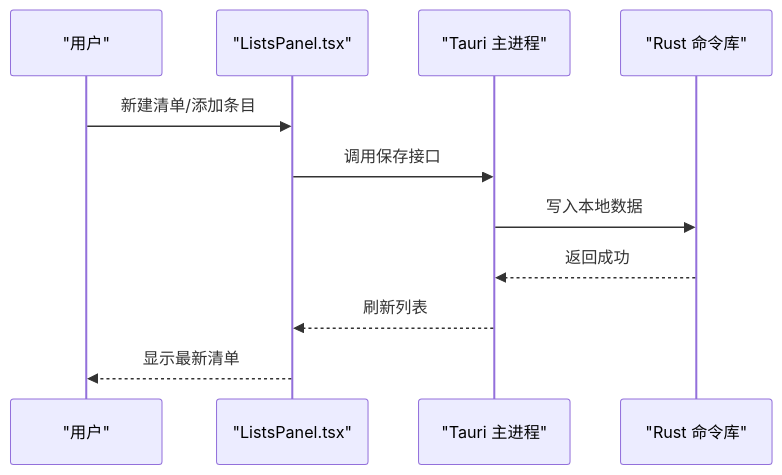
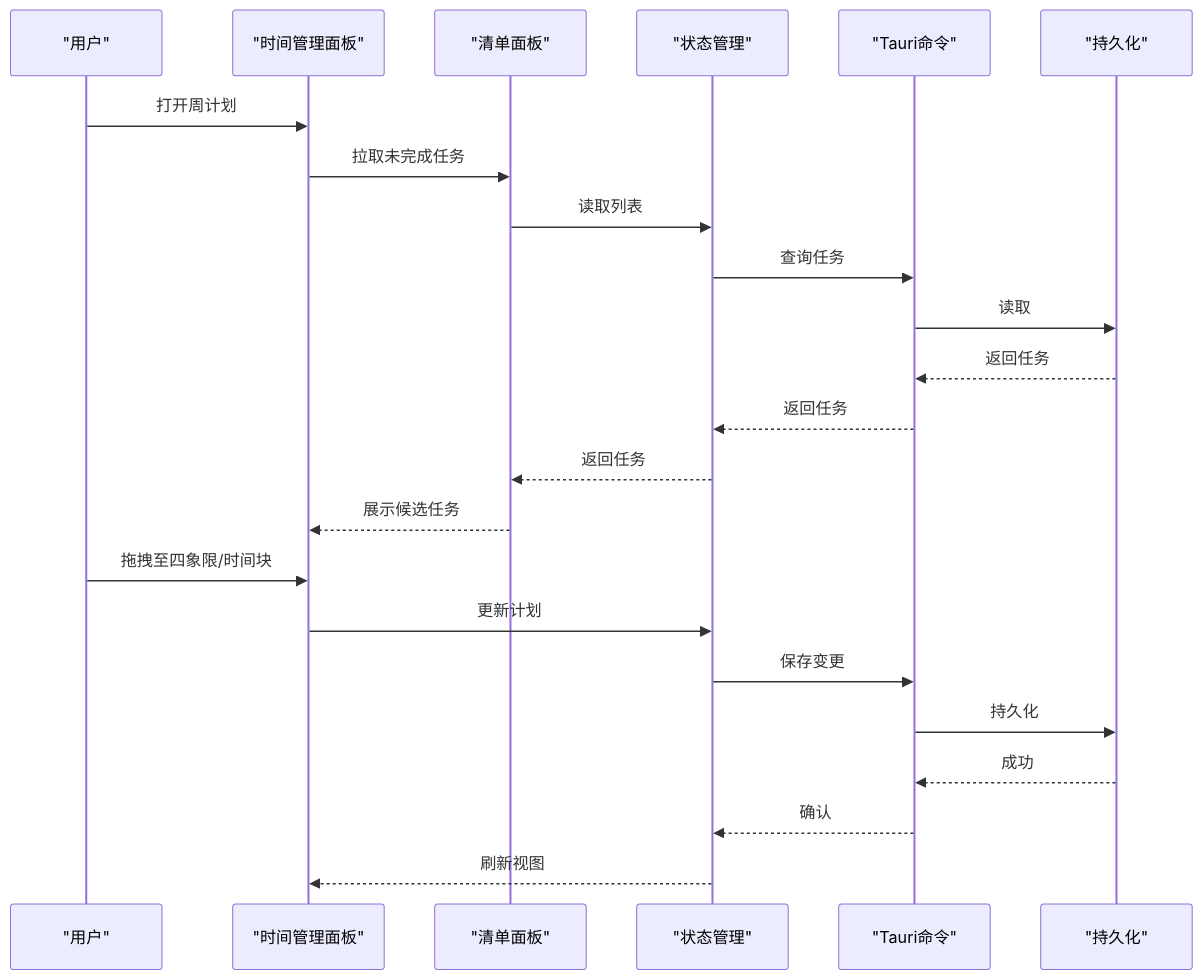
The sixth of 8 diagrams in .qoder/repowiki/zh/content/项目概述/项目介绍.md (gzdxhujiale/FishWorker), drawn with Mermaid before and after one commit. The commit also changed other lines of this file and 238 other files, not shown here.

````diff
--- a/.qoder/repowiki/zh/content/项目概述/项目介绍.md
+++ b/.qoder/repowiki/zh/content/项目概述/项目介绍.md
@@ -244,13 +286,25 @@
 ```mermaid
 sequenceDiagram
 participant U as "用户"
-participant LP as "ListsPanel.tsx"
-participant TA as "Tauri 主进程"
-participant RL as "Rust 命令库"
-U->>LP : 新建清单/添加条目
-LP->>TA : 调用保存接口
-TA->>RL : 写入本地数据
-RL-->>TA : 返回成功
-TA-->>LP : 刷新列表
-LP-->>U : 显示最新清单
+participant TM as "时间管理面板"
+participant LS as "清单面板"
+participant ST as "状态管理"
+participant T as "Tauri命令"
+participant D as "持久化"
+U->>TM : 打开周计划
+TM->>LS : 拉取未完成任务
+LS->>ST : 读取列表
+ST->>T : 查询任务
+T->>D : 读取
+D-->>T : 返回任务
+T-->>ST : 返回任务
+ST-->>LS : 返回任务
+LS-->>TM : 展示候选任务
+U->>TM : 拖拽至四象限/时间块
+TM->>ST : 更新计划
+ST->>T : 保存变更
+T->>D : 持久化
+D-->>T : 成功
+T-->>ST : 确认
+ST-->>TM : 刷新视图
 ```
````
